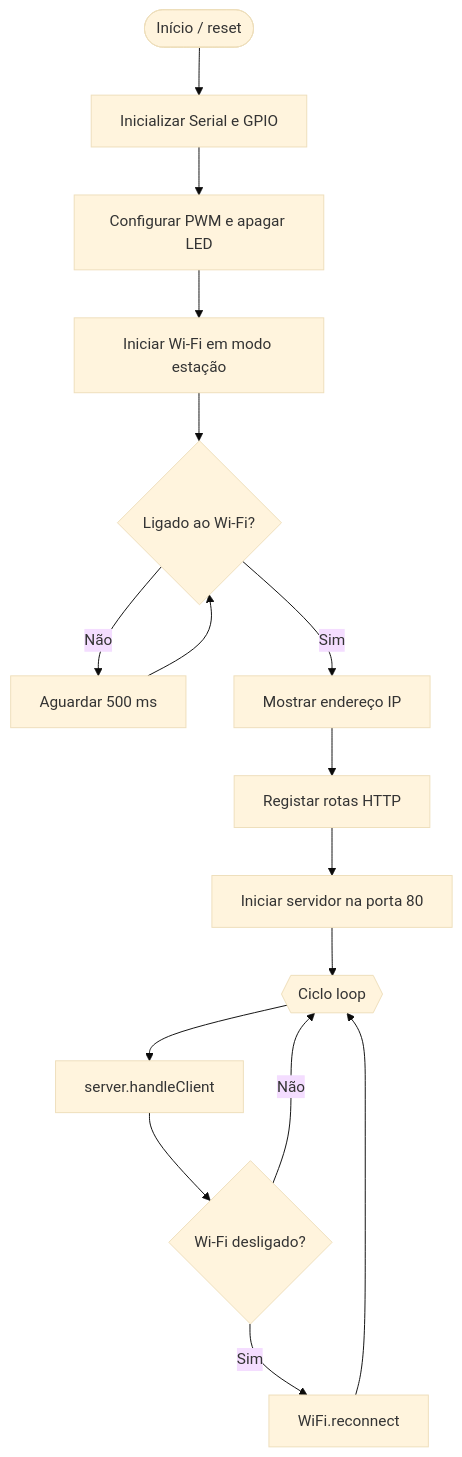
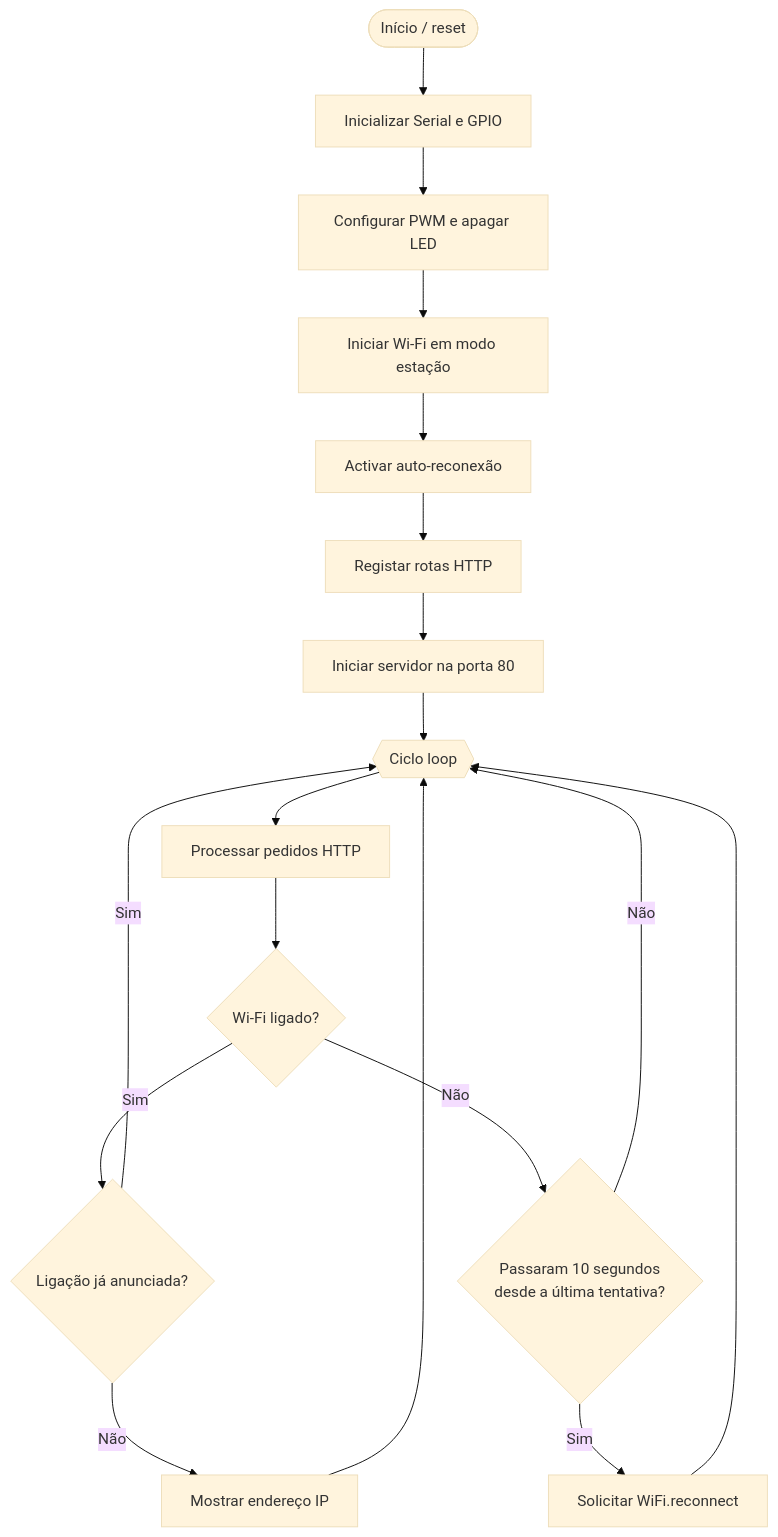
Before and after one commit to luis-goncalves-circuits/luzia-esp32-ai: the second of 7 diagrams in docs/FLUXOGRAMAS.md, drawn with Mermaid (base theme).

Commit message:
docs: actualizar fluxograma de arranque e reconexão Wi-Fi

````diff
--- a/docs/FLUXOGRAMAS.md
+++ b/docs/FLUXOGRAMAS.md
@@ -31,18 +31,20 @@
 ```mermaid
 flowchart TD
     A([Início / reset]) --> B[Inicializar Serial e GPIO]
     B --> C[Configurar PWM e apagar LED]
     C --> D[Iniciar Wi-Fi em modo estação]
-    D --> E{Ligado ao Wi-Fi?}
-    E -->|Não| F[Aguardar 500 ms]
-    F --> E
-    E -->|Sim| G[Mostrar endereço IP]
-    G --> H[Registar rotas HTTP]
-    H --> I[Iniciar servidor na porta 80]
-    I --> J{{Ciclo loop}}
-    J --> K[server.handleClient]
-    K --> L{Wi-Fi desligado?}
-    L -->|Sim| M[WiFi.reconnect]
-    L -->|Não| J
-    M --> J
+    D --> E[Activar auto-reconexão]
+    E --> F[Registar rotas HTTP]
+    F --> G[Iniciar servidor na porta 80]
+    G --> H{{Ciclo loop}}
+    H --> I[Processar pedidos HTTP]
+    I --> J{Wi-Fi ligado?}
+    J -->|Sim| K{Ligação já anunciada?}
+    K -->|Não| L[Mostrar endereço IP]
+    K -->|Sim| H
+    L --> H
+    J -->|Não| M{Passaram 10 segundos<br/>desde a última tentativa?}
+    M -->|Não| H
+    M -->|Sim| N[Solicitar WiFi.reconnect]
+    N --> H
 ```
````
